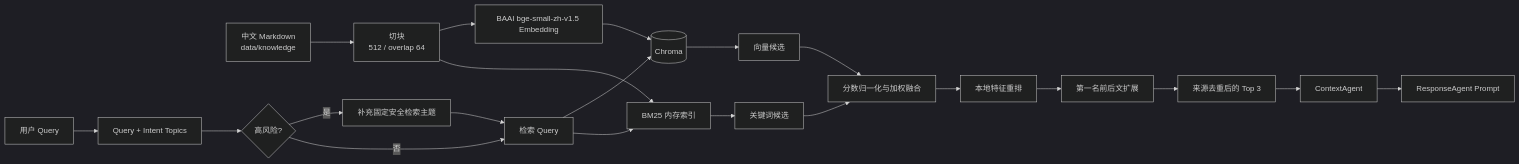
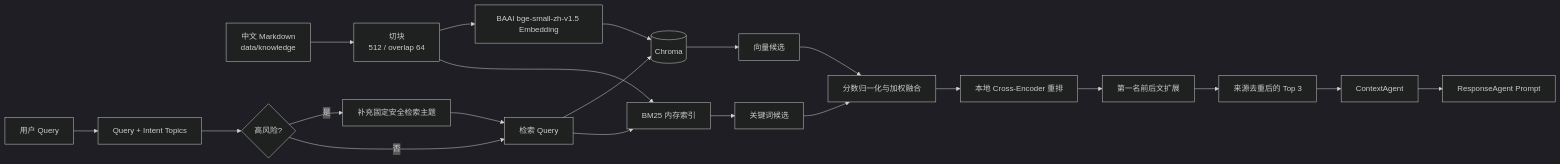
The diagram in docs/RAG.md (zlff003/MindNook), drawn with Mermaid (dark theme) before and after one commit. The commit also changed other lines of this file and 29 other files, not shown here.

````diff
--- a/docs/RAG.md
+++ b/docs/RAG.md
@@ -20,24 +20,24 @@
 ```mermaid
 flowchart LR
     A[中文 Markdown<br/>data/knowledge] --> B[切块<br/>512 / overlap 64]
     B --> C[BAAI bge-small-zh-v1.5 Embedding]
     C --> D[(Chroma)]
     B --> E[BM25 内存索引]
 
     Q[用户 Query] --> T[Query + Intent Topics]
     T --> S{高风险?}
     S -- 是 --> K[补充固定安全检索主题]
     S -- 否 --> V[检索 Query]
     K --> V
     V --> D
     V --> E
     D --> F[向量候选]
     E --> G[关键词候选]
     F --> H[分数归一化与加权融合]
     G --> H
-    H --> I[本地特征重排]
+    H --> I[本地 Cross-Encoder 重排]
     I --> J[第一名前后文扩展]
     J --> L[来源去重后的 Top 3]
     L --> M[ContextAgent]
     M --> N[ResponseAgent Prompt]
 ```
````
